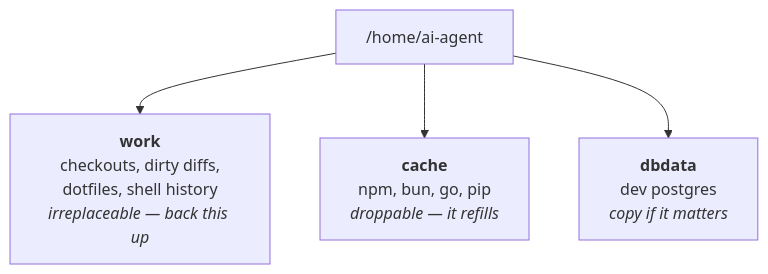
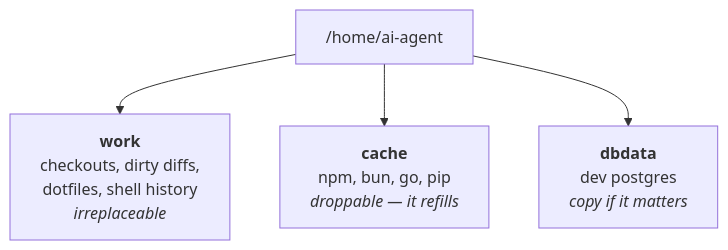
Before and after one commit to Dislace/vswarm: the second of 2 diagrams in README.md, drawn with Mermaid. The commit also changed other lines of this file, not shown here.

First line of the commit message:
docs: quote the mermaid edge labels containing @ (#68)

````diff
--- a/README.md
+++ b/README.md
@@ -110,7 +110,7 @@
 ```mermaid
 flowchart TD
     H["/home/ai-agent"]
-    H --> W["<b>work</b><br/>checkouts, dirty diffs,<br/>dotfiles, shell history<br/><i>irreplaceable — back this up</i>"]
+    H --> W["<b>work</b><br/>checkouts, dirty diffs,<br/>dotfiles, shell history<br/><i>irreplaceable</i>"]
     H --> C["<b>cache</b><br/>npm, bun, go, pip<br/><i>droppable — it refills</i>"]
     H --> D["<b>dbdata</b><br/>dev postgres<br/><i>copy if it matters</i>"]
 ```
````
